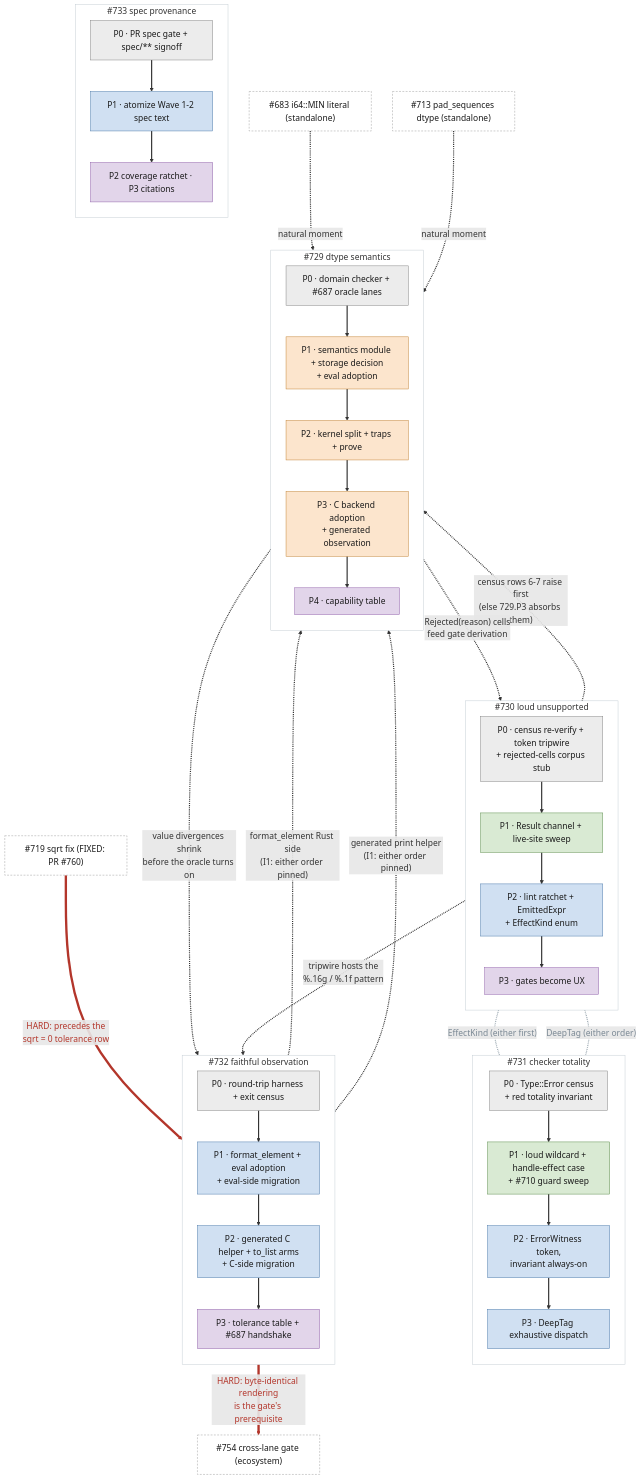
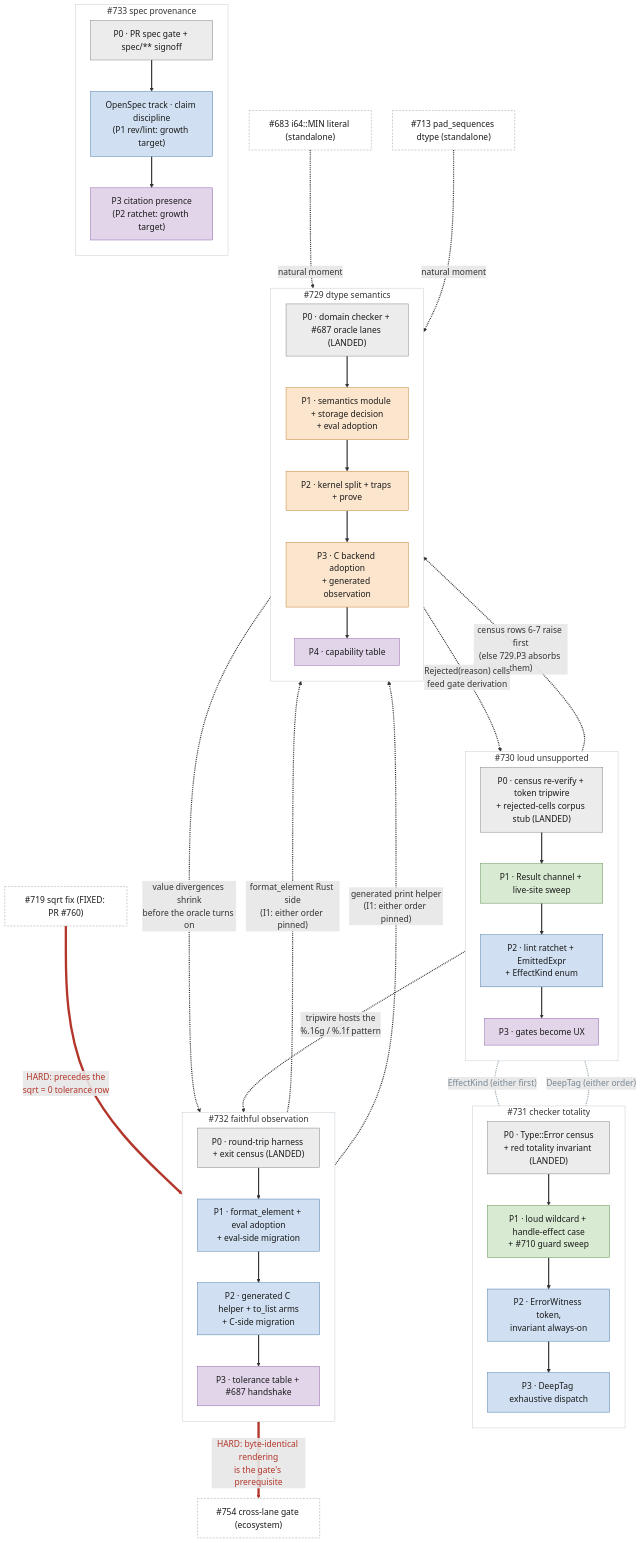
Before and after one commit to Chelis-Lang/chelis: the diagram in spec/design/remediation_roadmap.md, drawn with Mermaid. The commit also changed other lines of this file and 1 other file, not shown here.

First line of the commit message:
docs(spec): re-scope #733 to OpenSpec-first; roadmap ledger + effects refresh

````diff
--- a/spec/design/remediation_roadmap.md
+++ b/spec/design/remediation_roadmap.md
@@ -104,82 +110,82 @@
 ```mermaid
 %%{init: {"themeVariables": {"fontSize": "18px"}, "flowchart": {"nodeSpacing": 45, "rankSpacing": 42}}}%%
 flowchart TB
   classDef w0 fill:#ececec,stroke:#808080,color:#1a1a1a
   classDef w1 fill:#d9ead3,stroke:#5a8a4a,color:#1a1a1a
   classDef w2 fill:#d0e0f2,stroke:#4a78a8,color:#1a1a1a
   classDef w3 fill:#fce5cd,stroke:#c07f2f,color:#1a1a1a
   classDef w4 fill:#e2d5ea,stroke:#8e5ea8,color:#1a1a1a
   classDef ext fill:#ffffff,stroke:#999999,stroke-dasharray:4 3,color:#1a1a1a
 
   subgraph S733["#733 spec provenance"]
     direction TB
     n733p0["P0 · PR spec gate + spec/** signoff"]:::w0
-    n733p1["P1 · atomize Wave 1-2 spec text"]:::w2
-    n733p23["P2 coverage ratchet · P3 citations"]:::w4
+    n733p1["OpenSpec track · claim discipline<br/>(P1 rev/lint: growth target)"]:::w2
+    n733p23["P3 citation presence<br/>(P2 ratchet: growth target)"]:::w4
     n733p0 --> n733p1 --> n733p23
   end
 
   subgraph S730["#730 loud unsupported"]
     direction TB
-    n730p0["P0 · census re-verify + token tripwire<br/>+ rejected-cells corpus stub"]:::w0
+    n730p0["P0 · census re-verify + token tripwire<br/>+ rejected-cells corpus stub (LANDED)"]:::w0
     n730p1["P1 · Result channel + live-site sweep"]:::w1
     n730p2["P2 · lint ratchet + EmittedExpr<br/>+ EffectKind enum"]:::w2
     n730p3["P3 · gates become UX"]:::w4
     n730p0 --> n730p1 --> n730p2 --> n730p3
   end
 
   subgraph S731["#731 checker totality"]
     direction TB
-    n731p0["P0 · Type::Error census<br/>+ red totality invariant"]:::w0
+    n731p0["P0 · Type::Error census<br/>+ red totality invariant (LANDED)"]:::w0
     n731p1["P1 · loud wildcard + handle-effect case<br/>+ #710 guard sweep"]:::w1
     n731p2["P2 · ErrorWitness token,<br/>invariant always-on"]:::w2
     n731p3["P3 · DeepTag exhaustive dispatch"]:::w2
     n731p0 --> n731p1 --> n731p2 --> n731p3
   end
 
   subgraph S732["#732 faithful observation"]
     direction TB
-    n732p0["P0 · round-trip harness + exit census"]:::w0
+    n732p0["P0 · round-trip harness + exit census (LANDED)"]:::w0
     n732p1["P1 · format_element + eval adoption<br/>+ eval-side migration"]:::w2
     n732p2["P2 · generated C helper + to_list arms<br/>+ C-side migration"]:::w2
     n732p3["P3 · tolerance table + #687 handshake"]:::w4
     n732p0 --> n732p1 --> n732p2 --> n732p3
   end
 
   subgraph S729["#729 dtype semantics"]
     direction TB
-    n729p0["P0 · domain checker + #687 oracle lanes"]:::w0
+    n729p0["P0 · domain checker + #687 oracle lanes (LANDED)"]:::w0
     n729p1["P1 · semantics module + storage decision<br/>+ eval adoption"]:::w3
     n729p2["P2 · kernel split + traps + prove"]:::w3
     n729p3["P3 · C backend adoption<br/>+ generated observation"]:::w3
     n729p4["P4 · capability table"]:::w4
     n729p0 --> n729p1 --> n729p2 --> n729p3 --> n729p4
   end
 
   n719["#719 sqrt fix (FIXED: PR #760)"]:::ext
   n683["#683 i64::MIN literal (standalone)"]:::ext
   n713["#713 pad_sequences dtype (standalone)"]:::ext
   n754["#754 cross-lane gate (ecosystem)"]:::ext
 
   n730p0 -.->|"tripwire hosts the<br/>%.16g / %.1f pattern"| n732p0
   n730p2 -.-|"EffectKind (either first)"| n731p1
   n731p3 -.-|"DeepTag (either order)"| n730p2
   n730p1 -.->|"census rows 6-7 raise first<br/>(else 729.P3 absorbs them)"| n729p3
   n732p1 -.->|"format_element Rust side<br/>(I1: either order pinned)"| n729p1
   n732p2 -.->|"generated print helper<br/>(I1: either order pinned)"| n729p3
   n729p3 -.->|"value divergences shrink<br/>before the oracle turns on"| n732p3
   n729p4 -.->|"Rejected(reason) cells<br/>feed gate derivation"| n730p3
   n719 ==>|"HARD: precedes the<br/>sqrt = 0 tolerance row"| n732p3
   n683 -.->|"natural moment"| n729p2
   n713 -.->|"natural moment"| n729p3
   n732p2 ==>|"HARD: byte-identical rendering<br/>is the gate's prerequisite"| n754
 
   style S733 fill:#FFFFFF,stroke:#C3CCD3
   style S730 fill:#FFFFFF,stroke:#C3CCD3
   style S731 fill:#FFFFFF,stroke:#C3CCD3
   style S732 fill:#FFFFFF,stroke:#C3CCD3
   style S729 fill:#FFFFFF,stroke:#C3CCD3
   linkStyle default stroke-width:2.5px
   linkStyle 16,17 stroke:#9AA7B0,color:#7A8894,stroke-width:2.5px
   linkStyle 23,26 stroke:#B3362B,stroke-width:5px,color:#B3362B
 ```
````
